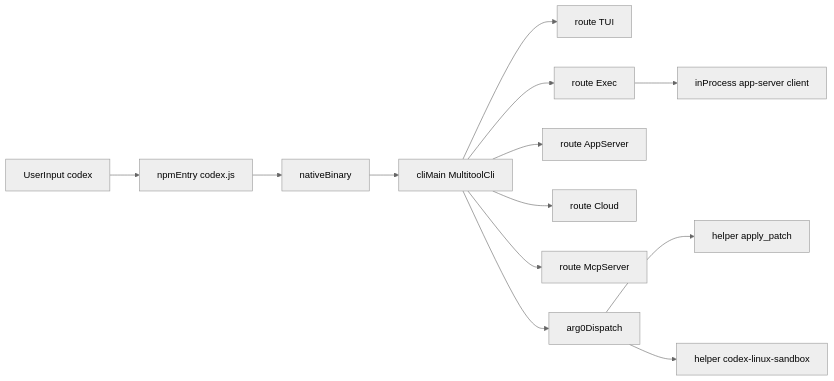
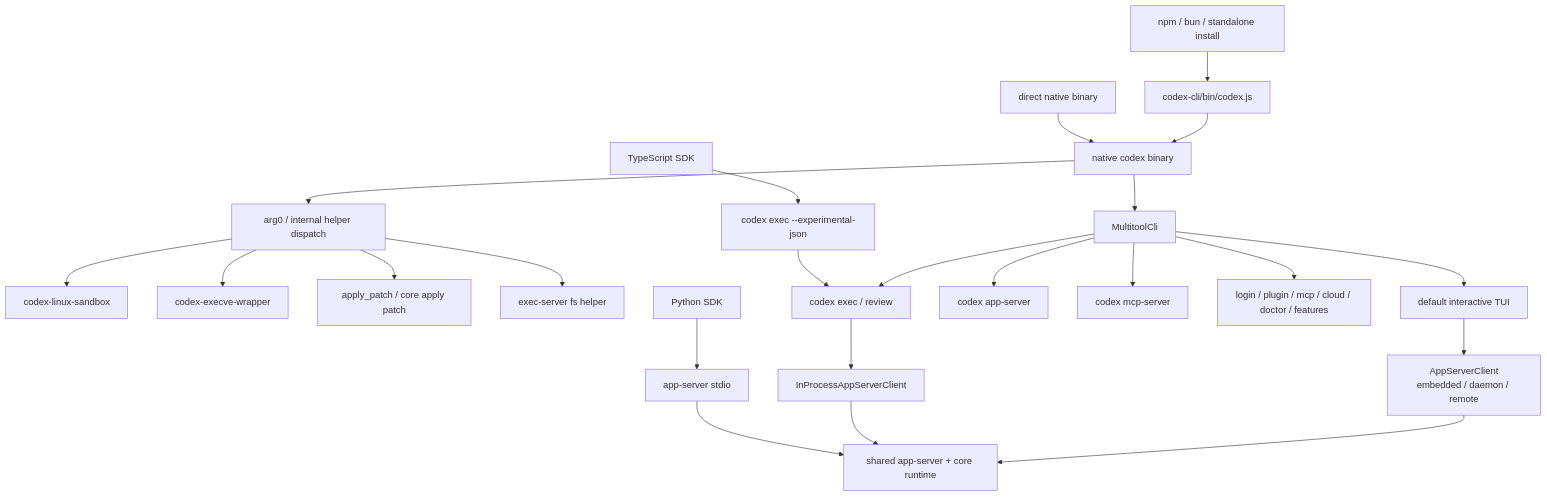
Before and after one commit to GLBB/codex-source-analysis: the diagram in Part I Principles and Usage/02-多入口与启动分发.md, drawn with Mermaid. The commit also changed other lines of this file and 49 other files, not shown here.

````diff
--- a/Part I Principles and Usage/02-多入口与启动分发.md
+++ b/Part I Principles and Usage/02-多入口与启动分发.md
@@ -257,16 +27,30 @@
 ```mermaid
-%%{init:{'theme':'neutral','themeVariables':{'background':'#ffffff'}}}%%
-flowchart LR
-    UserCmd["UserInput codex"] --> NpmEntry["npmEntry codex.js"]
-    NpmEntry --> NativeBin["nativeBinary"]
-    NativeBin --> CliMain["cliMain MultitoolCli"]
-    CliMain --> TuiRoute["route TUI"]
-    CliMain --> ExecRoute["route Exec"]
-    CliMain --> AppServerRoute["route AppServer"]
-    CliMain --> CloudRoute["route Cloud"]
-    CliMain --> McpServerRoute["route McpServer"]
-    CliMain --> Arg0Core["arg0Dispatch"]
-    Arg0Core --> HelperApply["helper apply_patch"]
-    Arg0Core --> HelperSandbox["helper codex-linux-sandbox"]
-    ExecRoute --> InProcessServer["inProcess app-server client"]
+flowchart TD
+    Install["npm / bun / standalone install"] --> Launcher["codex-cli/bin/codex.js"]
+    Launcher --> Native["native codex binary"]
+    Direct["direct native binary"] --> Native
+
+    Native --> Arg0["arg0 / internal helper dispatch"]
+    Native --> Cli["MultitoolCli"]
+
+    Arg0 --> LinuxSandbox["codex-linux-sandbox"]
+    Arg0 --> ExecveWrapper["codex-execve-wrapper"]
+    Arg0 --> ApplyPatch["apply_patch / core apply patch"]
+    Arg0 --> FsHelper["exec-server fs helper"]
+
+    Cli --> TUI["default interactive TUI"]
+    Cli --> Exec["codex exec / review"]
+    Cli --> AppServer["codex app-server"]
+    Cli --> MCP["codex mcp-server"]
+    Cli --> Management["login / plugin / mcp / cloud / doctor / features"]
+
+    TUI --> TuiClient["AppServerClient\nembedded / daemon / remote"]
+    Exec --> ExecClient["InProcessAppServerClient"]
+    Python["Python SDK"] --> AppServerStdio["app-server stdio"]
+    TypeScript["TypeScript SDK"] --> ExecJson["codex exec --experimental-json"]
+
+    TuiClient --> Runtime["shared app-server + core runtime"]
+    ExecClient --> Runtime
+    AppServerStdio --> Runtime
+    ExecJson --> Exec
 ```
````
